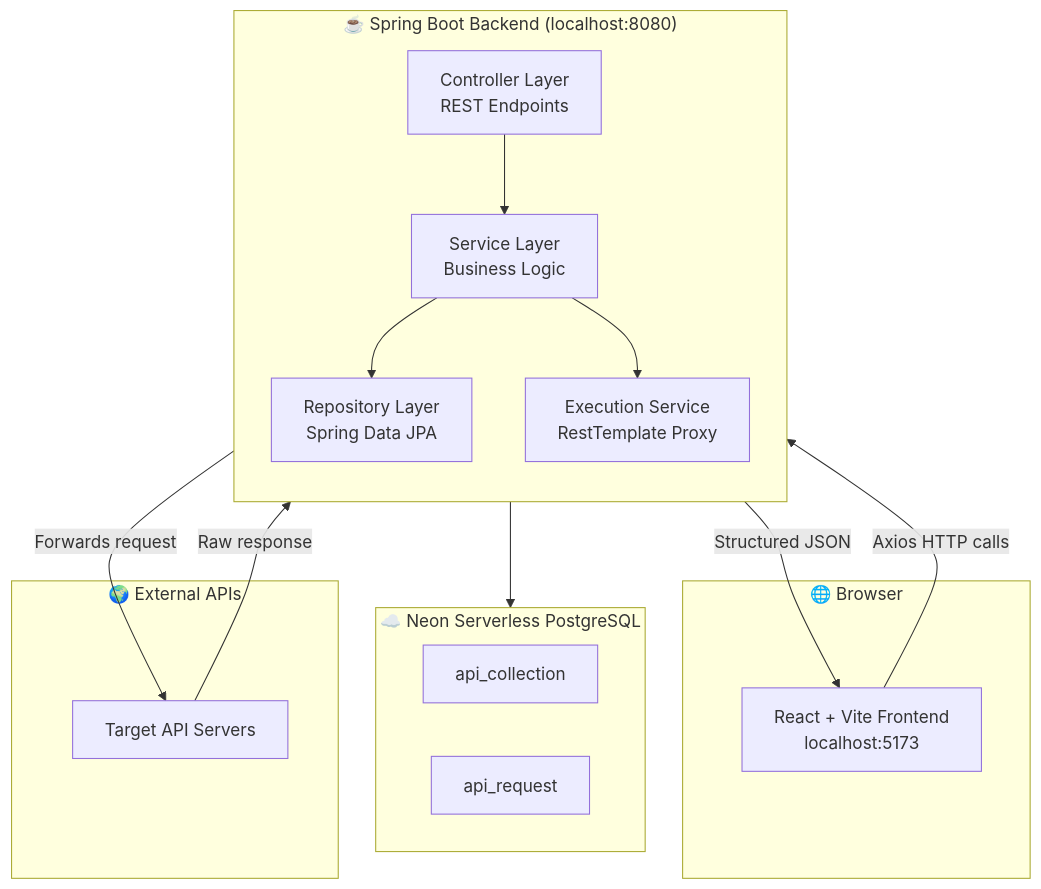
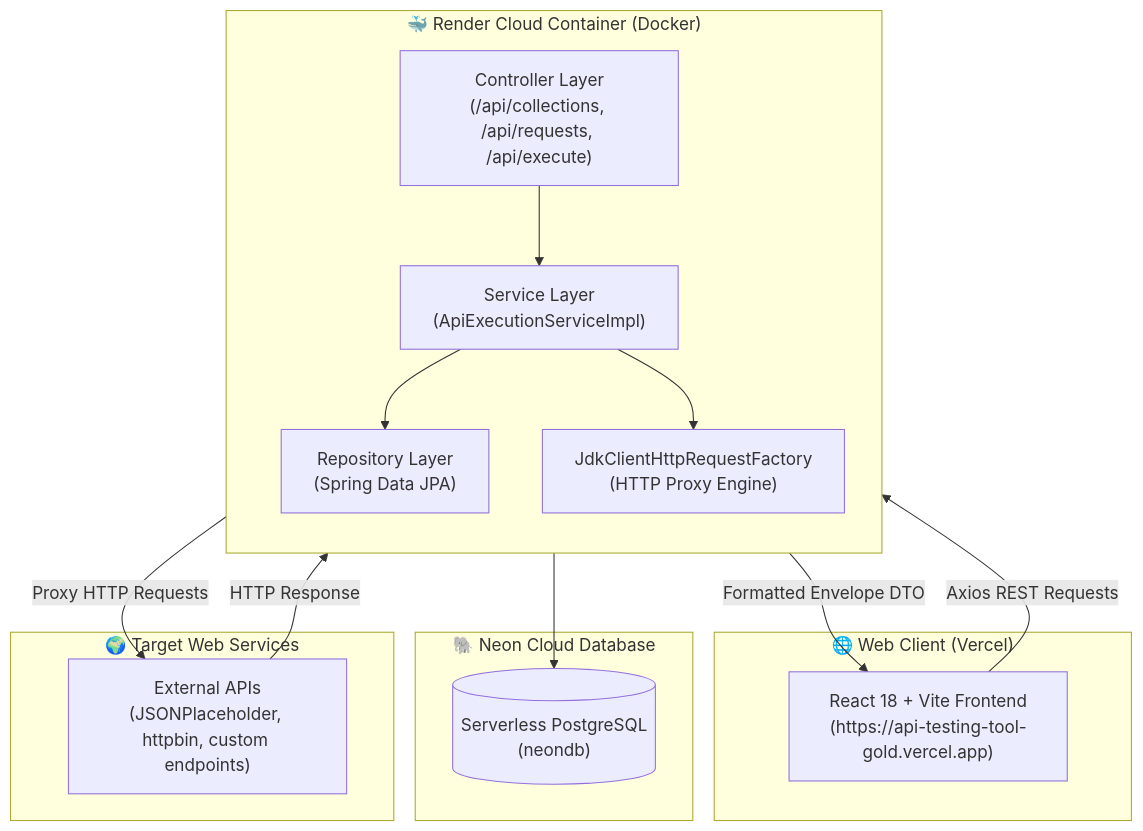
Before and after one commit to javvajishalini/API-Testing-Tool: the diagram in README.md, drawn with Mermaid. The commit also changed other lines of this file, not shown here.

Commit message:
docs: update README with Docker, Neon PostgreSQL & Cloud deployment details

````diff
--- a/README.md
+++ b/README.md
@@ -86,32 +86,31 @@
 ```mermaid
 graph TB
-    subgraph Browser["🌐 Browser"]
-        UI["React + Vite Frontend\nlocalhost:5173"]
+    subgraph Client["🌐 Web Client (Vercel)"]
+        UI["React 18 + Vite Frontend\n(https://api-testing-tool-gold.vercel.app)"]
     end
 
-    subgraph Backend["☕ Spring Boot Backend (localhost:8080)"]
+    subgraph CloudBackend["🐳 Render Cloud Container (Docker)"]
         direction TB
-        CTRL["Controller Layer\nREST Endpoints"]
-        SVC["Service Layer\nBusiness Logic"]
-        REPO["Repository Layer\nSpring Data JPA"]
-        PROXY["Execution Service\nRestTemplate Proxy"]
+        CTRL["Controller Layer\n(/api/collections, /api/requests, /api/execute)"]
+        SVC["Service Layer\n(ApiExecutionServiceImpl)"]
+        JDK["JdkClientHttpRequestFactory\n(HTTP Proxy Engine)"]
+        REPO["Repository Layer\n(Spring Data JPA)"]
     end
 
-    subgraph DB["☁️ Neon Serverless PostgreSQL"]
-        T1["api_collection"]
-        T2["api_request"]
+    subgraph Database["🐘 Neon Cloud Database"]
+        DB[("Serverless PostgreSQL\n(neondb)")]
     end
 
-    subgraph External["🌍 External APIs"]
-        EXT["Target API Servers"]
+    subgraph TargetAPIs["🌍 Target Web Services"]
+        EXT["External APIs\n(JSONPlaceholder, httpbin, custom endpoints)"]
     end
 
-    UI -- "Axios HTTP calls" --> CTRL
+    UI -- "Axios REST Requests" --> CTRL
     CTRL --> SVC
     SVC --> REPO
     REPO --> DB
-    SVC --> PROXY
-    PROXY -- "Forwards request" --> EXT
-    EXT -- "Raw response" --> PROXY
-    PROXY -- "Structured JSON" --> UI
+    SVC --> JDK
+    JDK -- "Proxy HTTP Requests" --> EXT
+    EXT -- "HTTP Response" --> JDK
+    JDK -- "Formatted Envelope DTO" --> UI
 ```
````
